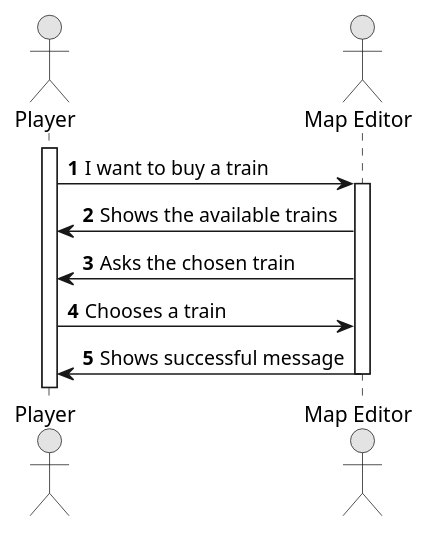
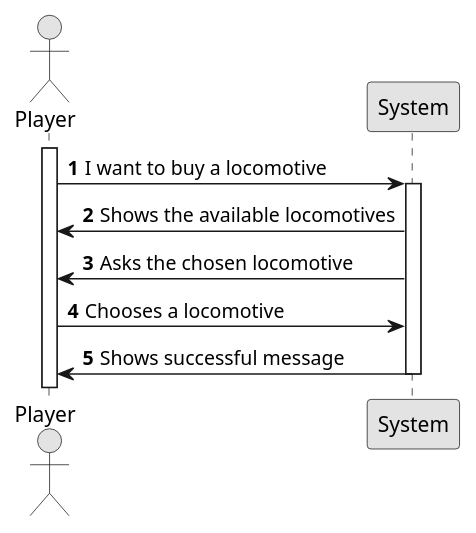
The diagram in docs/system-documentation/US009/01.requirements-engineering/puml/US009-SSD.puml (goncalolopesp/sem2-pi-24.25-g093-repo), drawn with PlantUML before and after one commit. The commit also changed 1 other file, not shown here.

```diff
--- a/docs/system-documentation/US009/01.requirements-engineering/puml/US009-SSD.puml
+++ b/docs/system-documentation/US009/01.requirements-engineering/puml/US009-SSD.puml
@@ -1,24 +1,24 @@
 @startuml
 skinparam monochrome true
 skinparam packageStyle rectangle
 skinparam shadowing false
 
 autonumber
 
 actor "Player" as Player
-actor "Map Editor" as MapEditor
+participant "System" as System
 
 activate Player
 
-    Player -> MapEditor : I want to buy a train
-    activate MapEditor
+    Player -> System : I want to buy a locomotive
+    activate System
 
-    MapEditor -> Player : Shows the available trains
-    MapEditor -> Player : Asks the chosen train
+    System -> Player : Shows the available locomotives
+    System -> Player : Asks the chosen locomotive
 
-    Player -> MapEditor : Chooses a train
+    Player -> System : Chooses a locomotive
 
-    MapEditor -> Player : Shows successful message
-    deactivate MapEditor
+    System -> Player : Shows successful message
+    deactivate System
 
 @enduml
```
